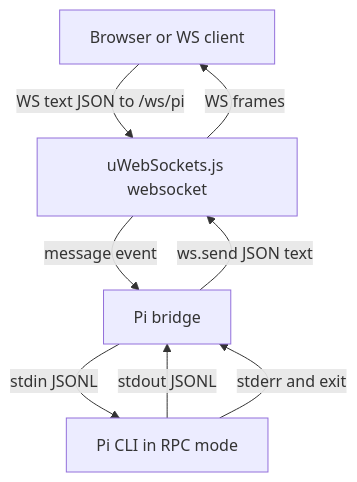
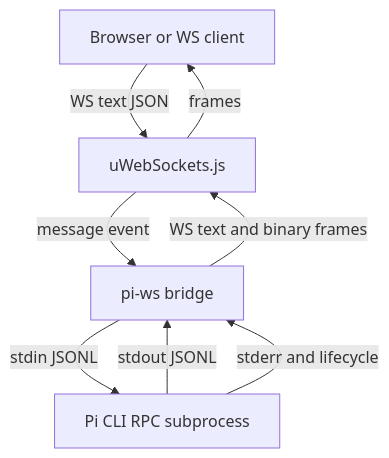
One commit to SkeLLLa/pi-ws changed the diagram in README.md. Above: the diagram before and after it, drawn with Mermaid. The commit also changed other lines of this file and 1 other file, not shown here.

````diff
--- a/README.md
+++ b/README.md
@@ -553,15 +416,15 @@
 ```mermaid
 flowchart TD
     Client[Browser or WS client]
-    UWS[uWebSockets.js websocket]
-    Bridge[Pi bridge]
-    Pi[Pi CLI in RPC mode]
+    UWS[uWebSockets.js]
+    Bridge[pi-ws bridge]
+    Pi[Pi CLI RPC subprocess]
 
-    Client -->|WS text JSON to /ws/pi| UWS
+    Client -->|WS text JSON| UWS
     UWS -->|message event| Bridge
     Bridge -->|stdin JSONL| Pi
     Pi -->|stdout JSONL| Bridge
-    Pi -->|stderr and exit| Bridge
-    Bridge -->|ws.send JSON text| UWS
-    UWS -->|WS frames| Client
+    Pi -->|stderr and lifecycle| Bridge
+    Bridge -->|WS text and binary frames| UWS
+    UWS -->|frames| Client
 ```
````
